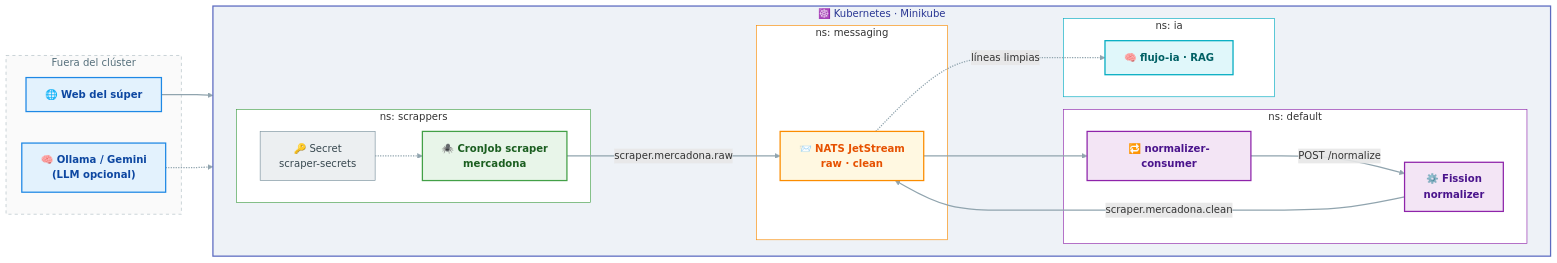
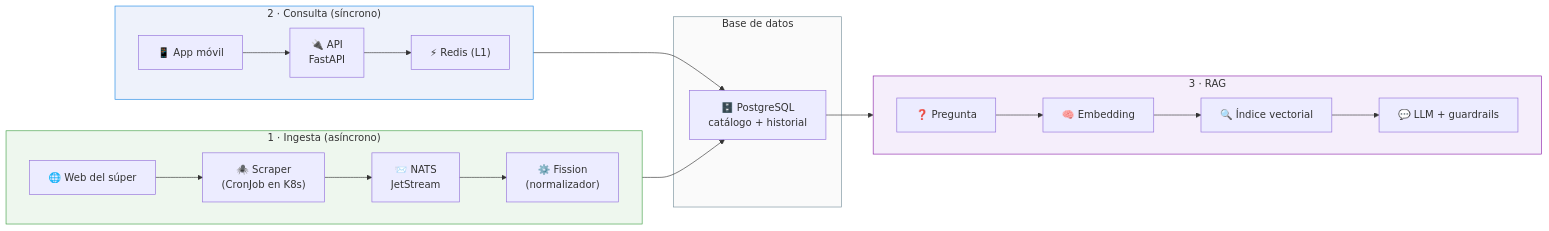
One commit to TheMinimalOwl/PTI-Q26-27-TARDOR changed the diagram in README.md. Above: the diagram before and after it, drawn with Mermaid. The commit also changed other lines of this file, not shown here.

Commit message:
Docs: README como explicacion del proyecto (problema, propuesta, tres flujos y stack)

````diff
--- a/README.md
+++ b/README.md
@@ -111,58 +42,27 @@
 ```mermaid
 flowchart LR
-    subgraph EXT["Fuera del clúster"]
-        A["🌐 Web del súper"]
-        I["🧠 Ollama / Gemini<br/>(LLM opcional)"]
+    subgraph ING["1 · Ingesta (asíncrono)"]
+        direction LR
+        A["🌐 Web del súper"] --> B["🕷️ Scraper<br/>(CronJob en K8s)"] --> C["📨 NATS<br/>JetStream"] --> D["⚙️ Fission<br/>(normalizador)"]
+    end
+    subgraph BD["Base de datos"]
+        E["🗄️ PostgreSQL<br/>catálogo + historial"]
+    end
+    subgraph CONS["2 · Consulta (síncrono)"]
+        direction LR
+        F["📱 App móvil"] --> G["🔌 API<br/>FastAPI"] --> H["⚡ Redis (L1)"]
+        H --> E
+    end
+    subgraph RAG["3 · RAG"]
+        direction LR
+        I["❓ Pregunta"] --> J["🧠 Embedding"] --> K["🔍 Índice vectorial"] --> L["💬 LLM + guardrails"]
     end
 
-    subgraph K8S["☸️ Kubernetes · Minikube"]
-        direction LR
-        subgraph N1["ns: scrappers"]
-            B["🕷️ CronJob scraper<br/>mercadona"]
-            S["🔑 Secret<br/>scraper-secrets"]
-        end
-        subgraph N2["ns: messaging"]
-            C["📨 NATS JetStream<br/>raw · clean"]
-        end
-        subgraph N3["ns: default"]
-            D["⚙️ Fission<br/>normalizer"]
-            E["🔁 normalizer-consumer"]
-        end
-        subgraph N4["ns: ia"]
-            F["🧠 flujo-ia · RAG"]
-        end
-    end
+    D --> E
+    E --> K
 
-    A --> B
-    S -.-> B
-    B -->|"scraper.mercadona.raw"| C
-    C --> E
-    E -->|"POST /normalize"| D
-    D -->|"scraper.mercadona.clean"| C
-    C -.->|"líneas limpias"| F
-    I -.-> F
-
-    classDef cInternet fill:#e3f2fd,stroke:#1e88e5,stroke-width:2px,color:#0d47a1,font-weight:bold
-    classDef cScraper fill:#e8f5e9,stroke:#43a047,stroke-width:2px,color:#1b5e20,font-weight:bold
-    classDef cNats fill:#fff8e1,stroke:#fb8c00,stroke-width:2px,color:#e65100,font-weight:bold
-    classDef cFission fill:#f3e5f5,stroke:#8e24aa,stroke-width:2px,color:#4a148c,font-weight:bold
-    classDef cIA fill:#e0f7fa,stroke:#00acc1,stroke-width:2px,color:#006064,font-weight:bold
-    classDef cSecret fill:#eceff1,stroke:#78909c,color:#37474f
-
-    class A cInternet
-    class I cInternet
-    class B cScraper
-    class C cNats
-    class D cFission
-    class E cFission
-    class F cIA
-    class S cSecret
-
-    style EXT fill:#fafafa,stroke:#b0bec5,stroke-dasharray:5 5,color:#546e7a
-    style K8S fill:#eef2f7,stroke:#5c6bc0,stroke-width:2px,color:#283593
-    style N1 fill:#ffffff,stroke:#43a047
-    style N2 fill:#ffffff,stroke:#fb8c00
-    style N3 fill:#ffffff,stroke:#8e24aa
-    style N4 fill:#ffffff,stroke:#00acc1
-    linkStyle default stroke:#90a4ae,stroke-width:2px
+    style ING fill:#eef7ee,stroke:#43a047
+    style CONS fill:#eef2fb,stroke:#1e88e5
+    style RAG fill:#f5eefb,stroke:#8e24aa
+    style BD fill:#fafafa,stroke:#78909c
 ```
````
